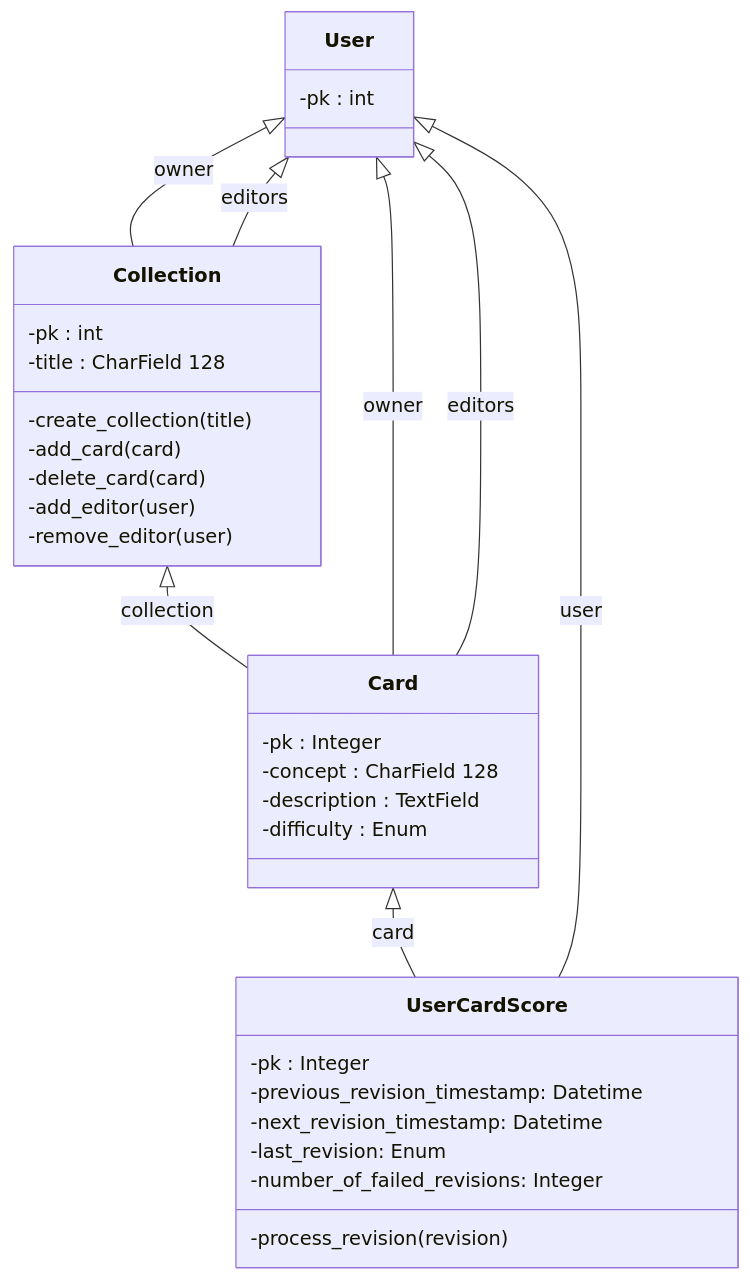
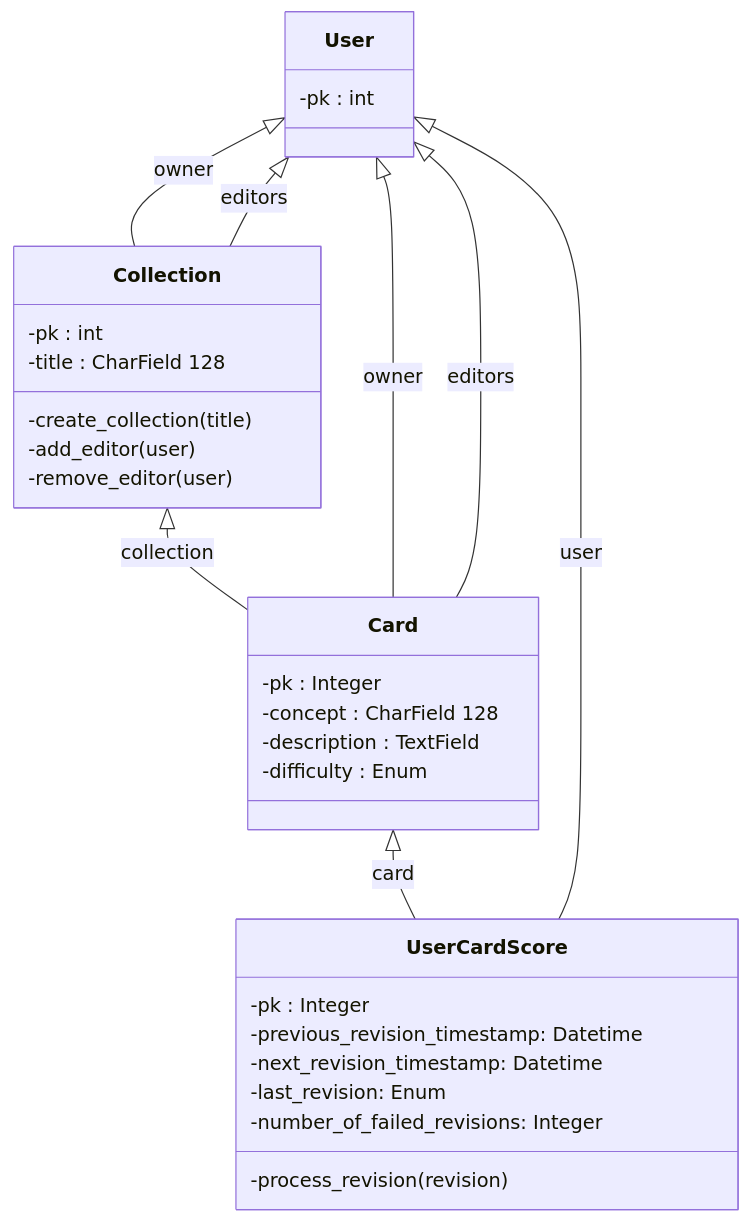
One commit to migueltorrescosta/nifek changed the third of 3 diagrams in README.md. Above: the diagram before and after it, drawn with Mermaid. The commit also changed other lines of this file and 23 other files, not shown here.

````diff
--- a/README.md
+++ b/README.md
@@ -145,40 +148,38 @@
 ```mermaid
 classDiagram
     Collection <|-- Card : collection
     User <|-- Collection : owner
     User <|-- Card : owner
     User <|-- Collection : editors
     User <|-- Card : editors
     Card <|-- UserCardScore : card
     User <|-- UserCardScore : user
 
     class Card{
         -pk : Integer
         -concept : CharField 128
         -description : TextField
         -difficulty : Enum
      }
 
     class UserCardScore{
         -pk : Integer
         -previous_revision_timestamp: Datetime
         -next_revision_timestamp: Datetime
         -last_revision: Enum<Again, Hard, Normal, Easy>
         -number_of_failed_revisions: Integer
         -process_revision(revision)
      }
 
     class Collection{
         -pk : int
         -title : CharField 128
         -create_collection(title)
-        -add_card(card)
-        -delete_card(card)
         -add_editor(user)
         -remove_editor(user)
     }
 
     class User{
         -pk : int
     }
 ```
````
